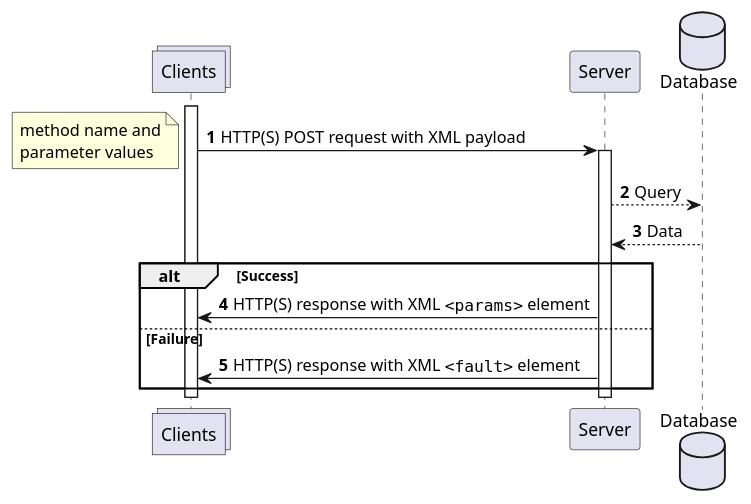
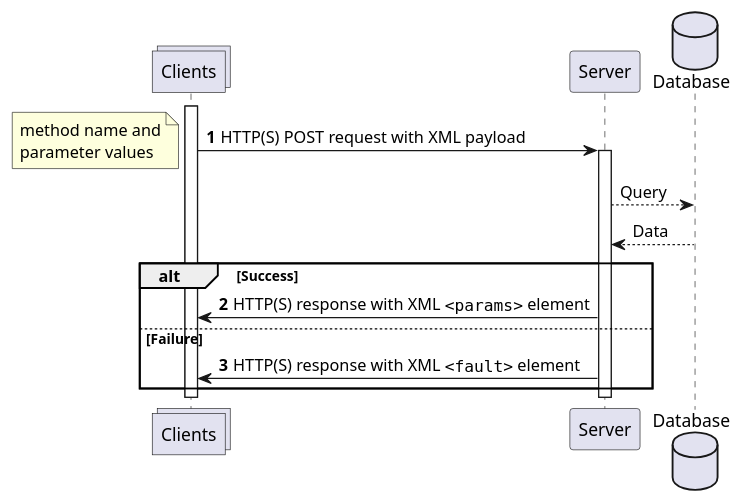
The diagram in diagram.plantuml (PaperCutSoftware/howto-xmlrpc-clients), drawn with PlantUML before and after one commit. The commit also changed 3 other files, not shown here.

```diff
--- a/diagram.plantuml
+++ b/diagram.plantuml
@@ -1,31 +1,33 @@
 @startuml
 
 collections Clients
 participant Server
 database Database
 
 autonumber "<b>"
 
 activate Clients
 Clients -> Server: HTTP(S) POST request with XML payload
 note left
   method name and
   parameter values
 end note
+autonumber stop
 
 activate Server
 Server --> Database: Query
 Server <-- Database: Data
+autonumber resume
 
 alt Success
   Clients <- Server: HTTP(S) response with XML ""<params>"" element
 
 else Failure
   Clients <- Server: HTTP(S) response with XML ""<fault>"" element
 end
 
 deactivate Server
 
 deactivate Clients
 
 @enduml
```
